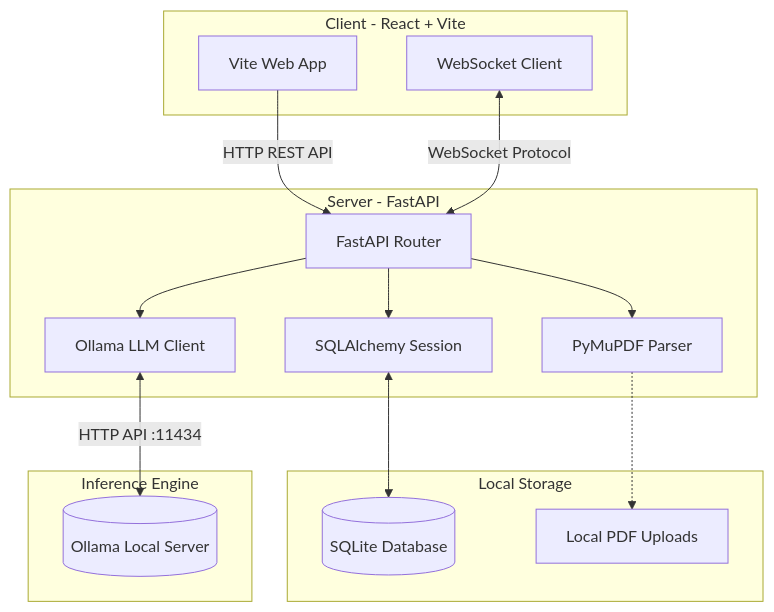
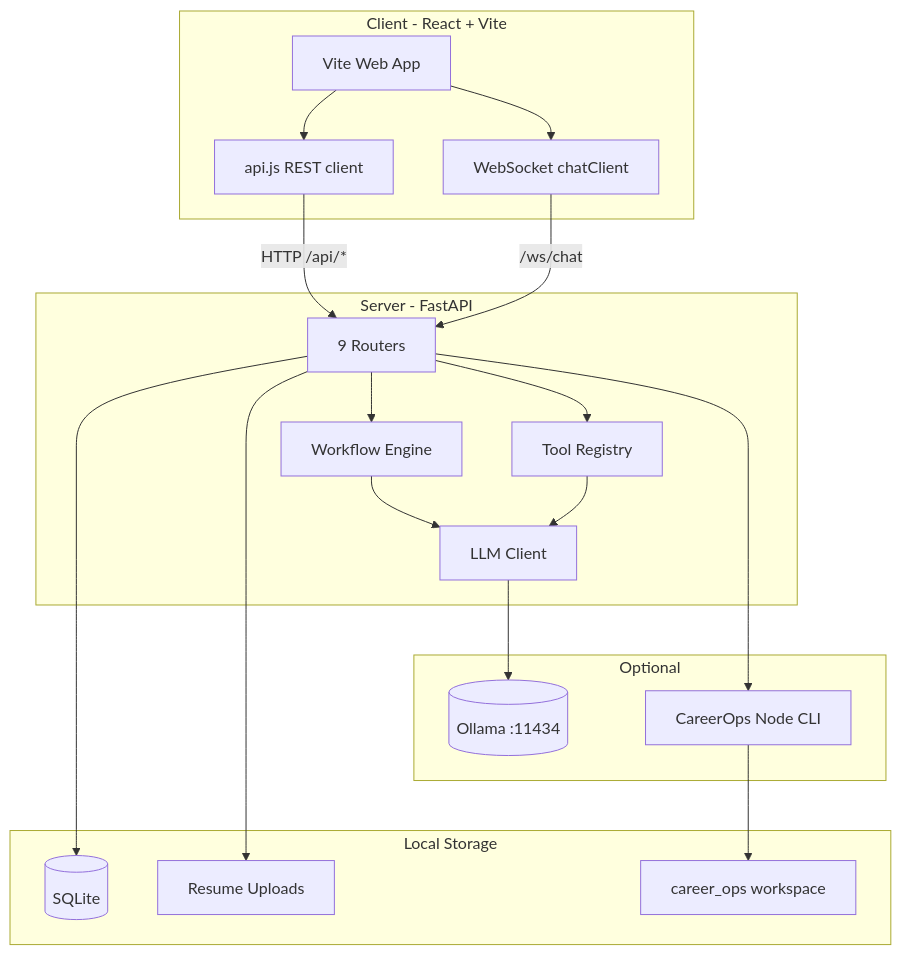
The diagram in README.md (bhuwanb23/career_pilot), drawn with Mermaid before and after one commit. The commit also changed other lines of this file and 4 other files, not shown here.

````diff
--- a/README.md
+++ b/README.md
@@ -18,34 +18,40 @@
 ```mermaid
 graph TD
-    %% Define components
     subgraph Frontend [Client - React + Vite]
         UI[Vite Web App]
-        WS[WebSocket Client]
+        APIClient[api.js REST client]
+        WS[WebSocket chatClient]
     end
 
     subgraph Backend [Server - FastAPI]
-        API[FastAPI Router]
-        DB_S[SQLAlchemy Session]
-        PDF_P[PyMuPDF Parser]
-        OLLAMA_C[Ollama LLM Client]
+        Routers[9 Routers]
+        Workflows[Workflow Engine]
+        Tools[Tool Registry]
+        LLM[LLM Client]
     end
 
     subgraph Storage [Local Storage]
-        DB[(SQLite Database)]
-        PDF_F[Local PDF Uploads]
+        DB[(SQLite)]
+        Files[Resume Uploads]
+        CareerOpsWS[career_ops workspace]
     end
 
-    subgraph Local_AI [Inference Engine]
-        OLLAMA[(Ollama Local Server)]
+    subgraph External [Optional]
+        OLLAMA[(Ollama :11434)]
+        CareerOpsCLI[CareerOps Node CLI]
     end
 
-    %% Define connections
-    UI -->|HTTP REST API| API
-    WS <-->|WebSocket Protocol| API
-    API --> PDF_P
-    API --> DB_S
-    DB_S <--> DB
-    API --> OLLAMA_C
-    OLLAMA_C <-->|HTTP API :11434| OLLAMA
-    PDF_P -.-> PDF_F
+    UI --> APIClient
+    UI --> WS
+    APIClient -->|HTTP /api/*| Routers
+    WS -->|/ws/chat| Routers
+    Routers --> Workflows
+    Routers --> Tools
+    Workflows --> LLM
+    Tools --> LLM
+    Routers --> DB
+    Routers --> Files
+    Routers --> CareerOpsCLI
+    CareerOpsCLI --> CareerOpsWS
+    LLM --> OLLAMA
 ```
````
